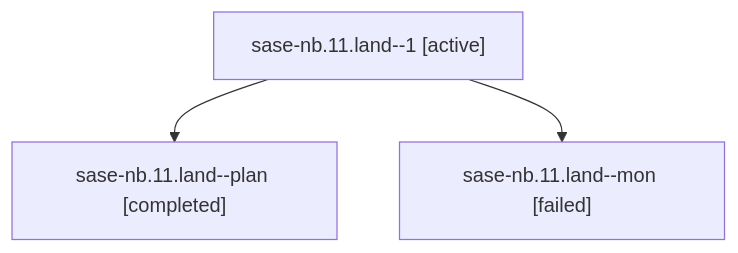
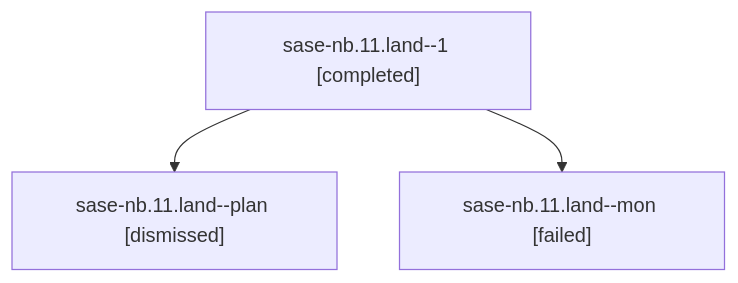
Before and after one commit to sase-org/sase--agents: the diagram in families/bbugyi200.athena.sase-nb.11.land.md, drawn with Mermaid. The commit also changed other lines of this file and 287 other files, not shown here.

````diff
--- a/families/bbugyi200.athena.sase-nb.11.land.md
+++ b/families/bbugyi200.athena.sase-nb.11.land.md
@@ -9,8 +9,8 @@
 ```mermaid
 flowchart TD
-  n0["sase-nb.11.land--1 [active]"]
-  n1["sase-nb.11.land--plan [completed]"]
+  n0["sase-nb.11.land--1 [completed]"]
+  n1["sase-nb.11.land--plan [dismissed]"]
   n0 --> n1
   n2["sase-nb.11.land--mon [failed]"]
   n0 --> n2
 ```
````
